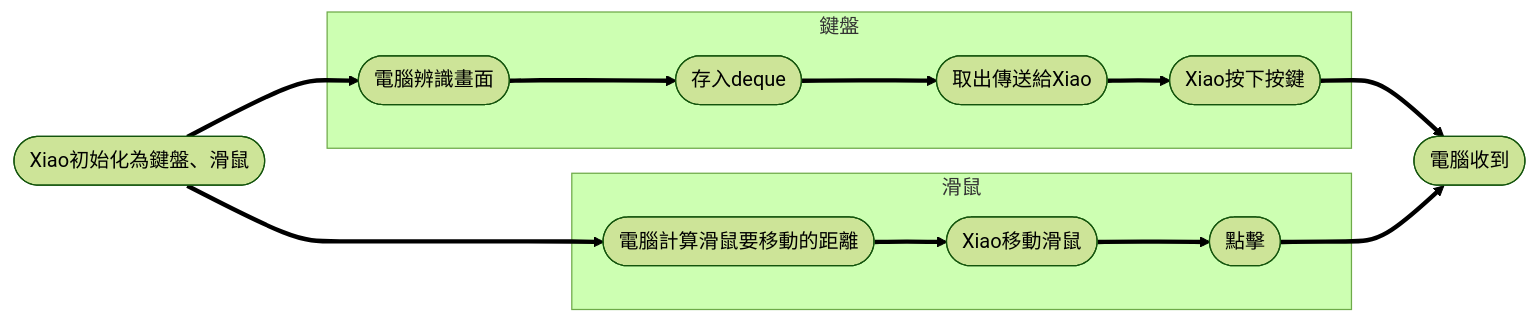
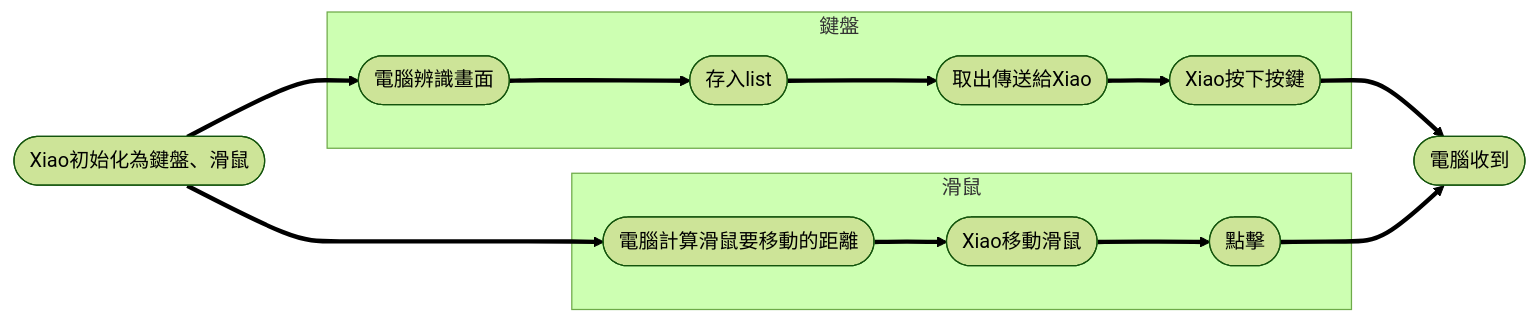
One commit to abc21086999/maple_script changed the diagram in README.md. Above: the diagram before and after it, drawn with Mermaid. The commit also changed 1 other file, not shown here.

````diff
--- a/README.md
+++ b/README.md
@@ -7,40 +7,40 @@
 ```mermaid
 %%{init: {'theme': 'forest'} }%%
 graph LR;
 
 %% 第一步 
 step1([Xiao初始化為鍵盤、滑鼠])
 
 %% 第二步 []
 step2([電腦辨識畫面])
 
 %% 第三步 []
-step3([存入deque])
+step3([存入list])
 
 %% 第四步 []
 step4([取出傳送給Xiao])
 
 %% 第五步 []
 step5([Xiao按下按鍵])
 
 %% 第六步 []
 step6([電腦收到])
 
 step7([Xiao移動滑鼠])
 
 step8([電腦計算滑鼠要移動的距離])
 
 step9([點擊])
 
 %% 流程線 -->
 step1 ==> step2
 step1 ==> step8
 step5 ==> step6
 step9 ==> step6
 subgraph 鍵盤
 step2 ==> step3 ==> step4 ==> step5
 end
 subgraph 滑鼠
 step8 ==> step7 ==> step9
 end
 ```
````
